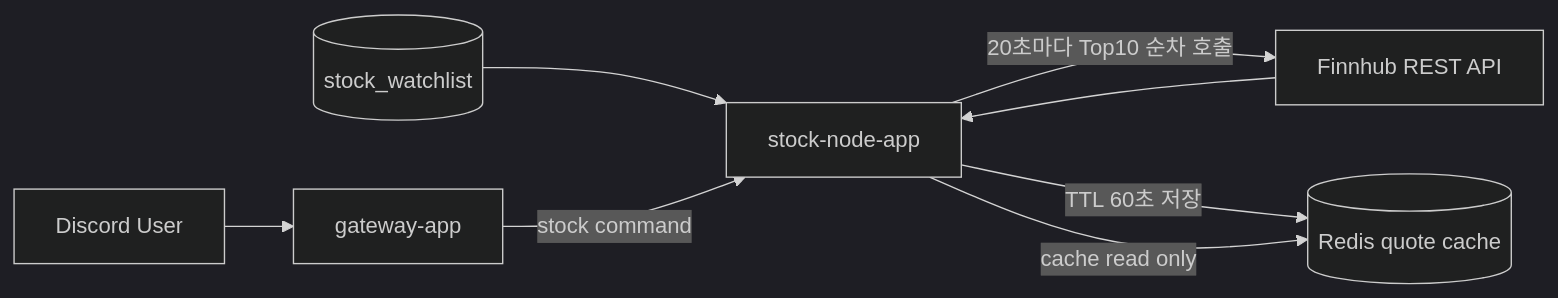
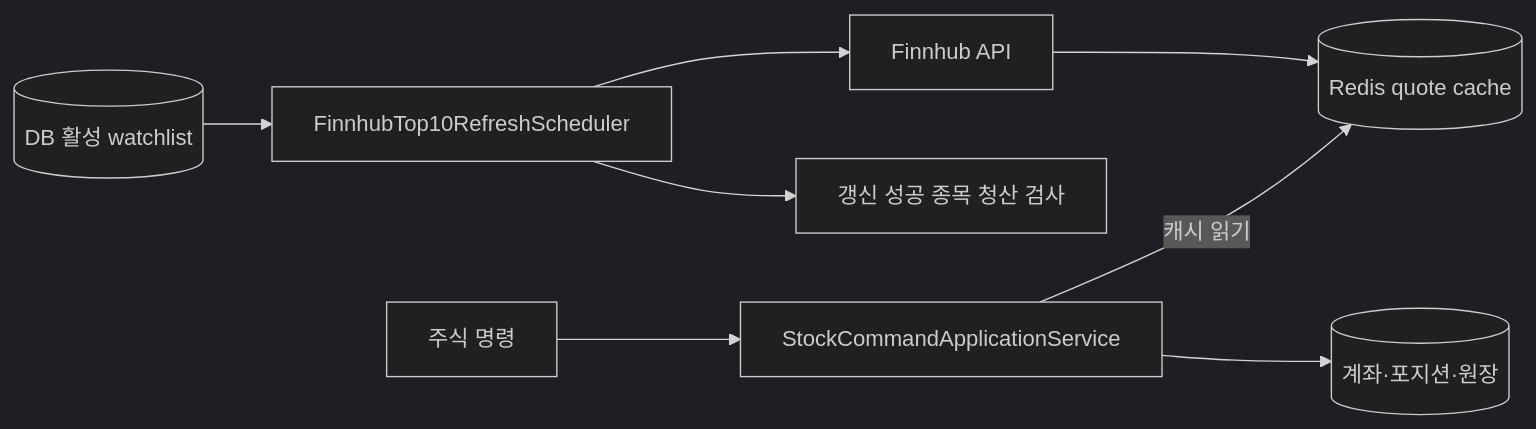
One commit to som141/dis changed the second of 2 diagrams in docs/reference/CURRENT_ARCHITECTURE.md. Above: the diagram before and after it, drawn with Mermaid (dark theme). The commit also changed other lines of this file and 27 other files, not shown here.

````diff
--- a/docs/reference/CURRENT_ARCHITECTURE.md
+++ b/docs/reference/CURRENT_ARCHITECTURE.md
@@ -98,17 +66,10 @@
 ```mermaid
 flowchart LR
-    W[(stock_watchlist)]
-    S[stock-node-app]
-    F[Finnhub REST API]
-    R[(Redis quote cache)]
-    G[gateway-app]
-    U[Discord User]
-
-    W --> S
-    S -->|20초마다 Top10 순차 호출| F
-    F --> S
-    S -->|TTL 60초 저장| R
-    U --> G
-    G -->|stock command| S
-    S -->|cache read only| R
+    W[(DB 활성 watchlist)] --> T[FinnhubTop10RefreshScheduler]
+    T --> F[Finnhub API]
+    F --> R[(Redis quote cache)]
+    T --> L[갱신 성공 종목 청산 검사]
+    Q[주식 명령] --> S[StockCommandApplicationService]
+    S -->|캐시 읽기| R
+    S --> P[(계좌·포지션·원장)]
 ```
````
